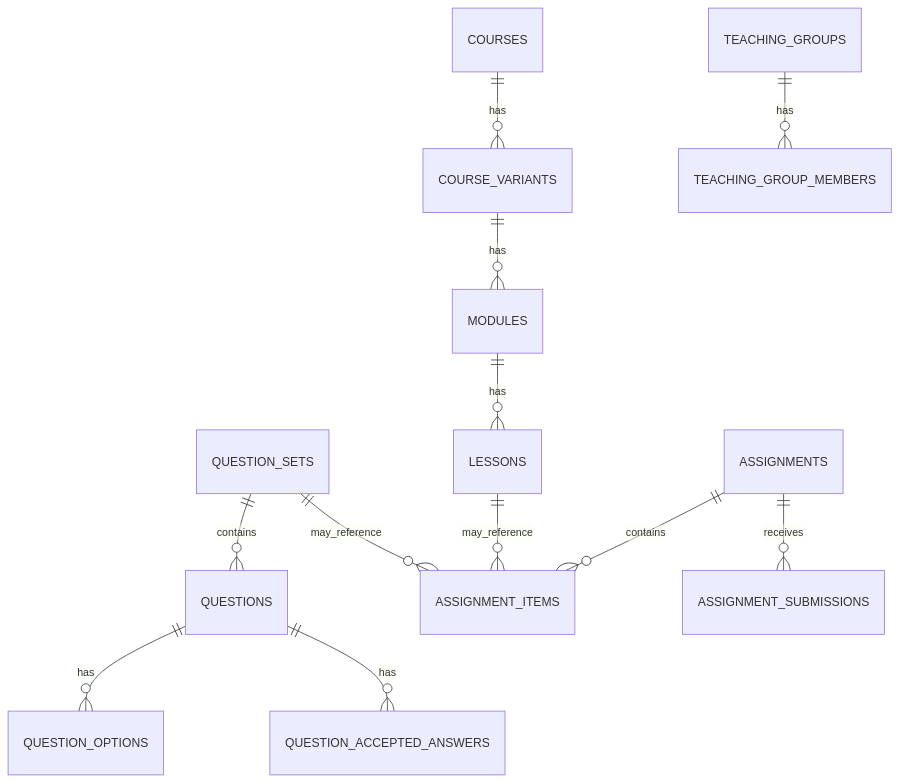
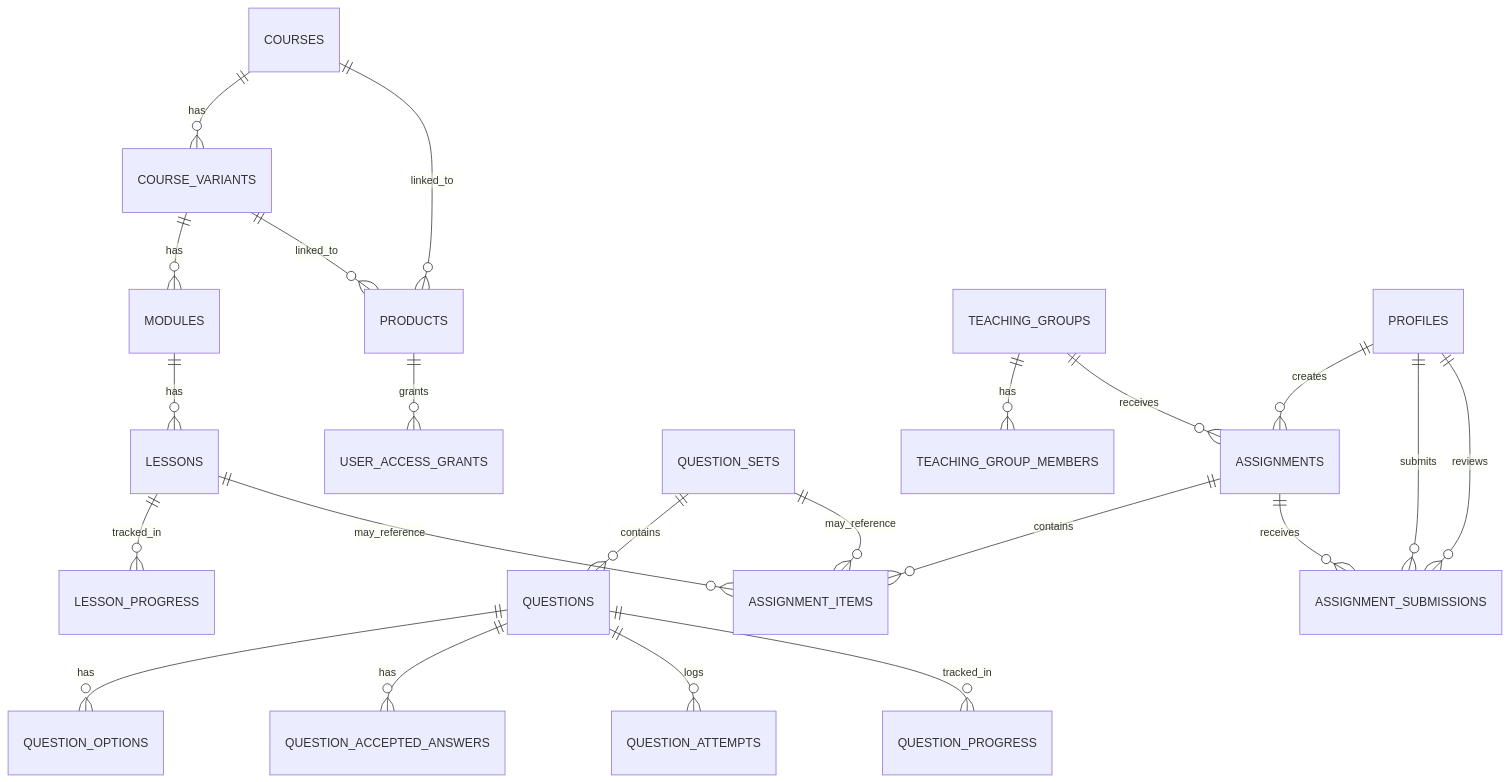
One commit to AntonV0/gcse-russian-platform changed the second of 2 diagrams in docs/architecture.md. Above: the diagram before and after it, drawn with Mermaid. The commit also changed other lines of this file and 2 other files, not shown here.

Commit message:
docs(architecture): update README, architecture notes, and decisions for current assignment and access model

````diff
--- a/docs/architecture.md
+++ b/docs/architecture.md
@@ -67,19 +312,32 @@
 ```mermaid
 erDiagram
 
   COURSES ||--o{ COURSE_VARIANTS : has
   COURSE_VARIANTS ||--o{ MODULES : has
   MODULES ||--o{ LESSONS : has
 
+  COURSES ||--o{ PRODUCTS : linked_to
+  COURSE_VARIANTS ||--o{ PRODUCTS : linked_to
+  PRODUCTS ||--o{ USER_ACCESS_GRANTS : grants
+
   QUESTION_SETS ||--o{ QUESTIONS : contains
   QUESTIONS ||--o{ QUESTION_OPTIONS : has
   QUESTIONS ||--o{ QUESTION_ACCEPTED_ANSWERS : has
+  QUESTIONS ||--o{ QUESTION_ATTEMPTS : logs
+  QUESTIONS ||--o{ QUESTION_PROGRESS : tracked_in
+
+  LESSONS ||--o{ LESSON_PROGRESS : tracked_in
+
+  TEACHING_GROUPS ||--o{ TEACHING_GROUP_MEMBERS : has
+  TEACHING_GROUPS ||--o{ ASSIGNMENTS : receives
 
   ASSIGNMENTS ||--o{ ASSIGNMENT_ITEMS : contains
   ASSIGNMENTS ||--o{ ASSIGNMENT_SUBMISSIONS : receives
 
-  TEACHING_GROUPS ||--o{ TEACHING_GROUP_MEMBERS : has
-
   LESSONS ||--o{ ASSIGNMENT_ITEMS : may_reference
   QUESTION_SETS ||--o{ ASSIGNMENT_ITEMS : may_reference
+
+  PROFILES ||--o{ ASSIGNMENTS : creates
+  PROFILES ||--o{ ASSIGNMENT_SUBMISSIONS : submits
+  PROFILES ||--o{ ASSIGNMENT_SUBMISSIONS : reviews
 ```
````
